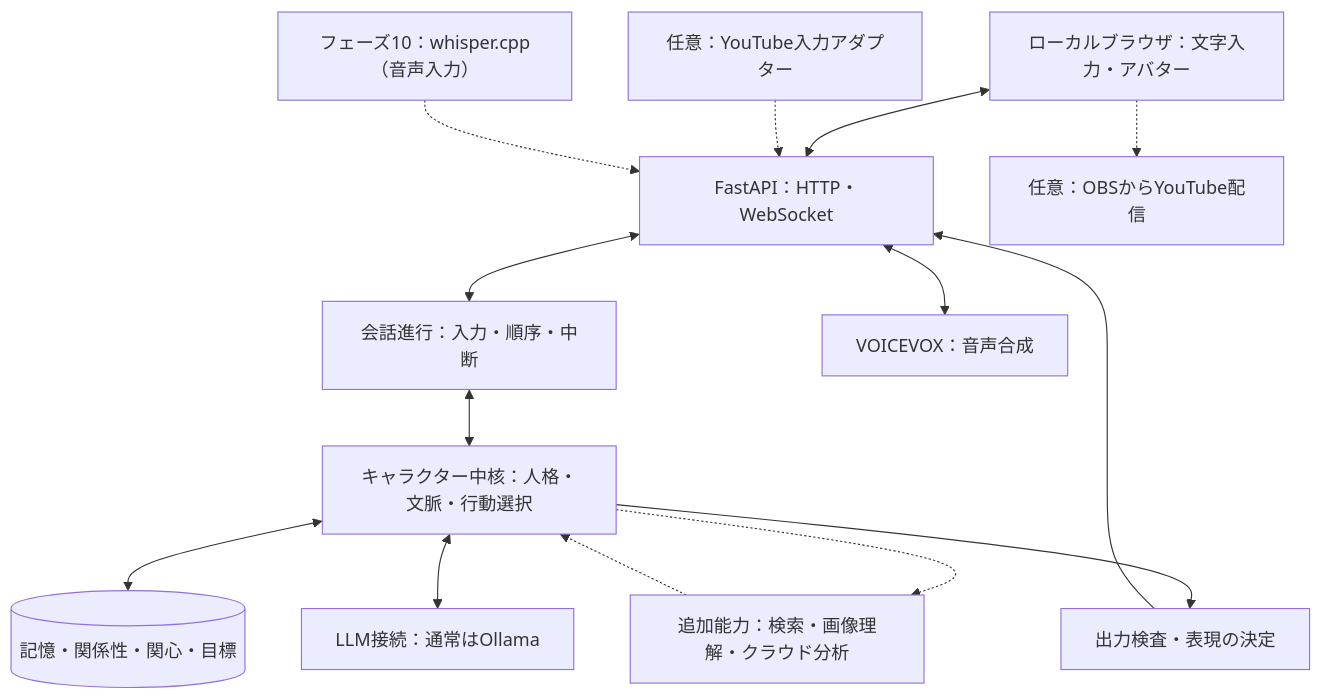
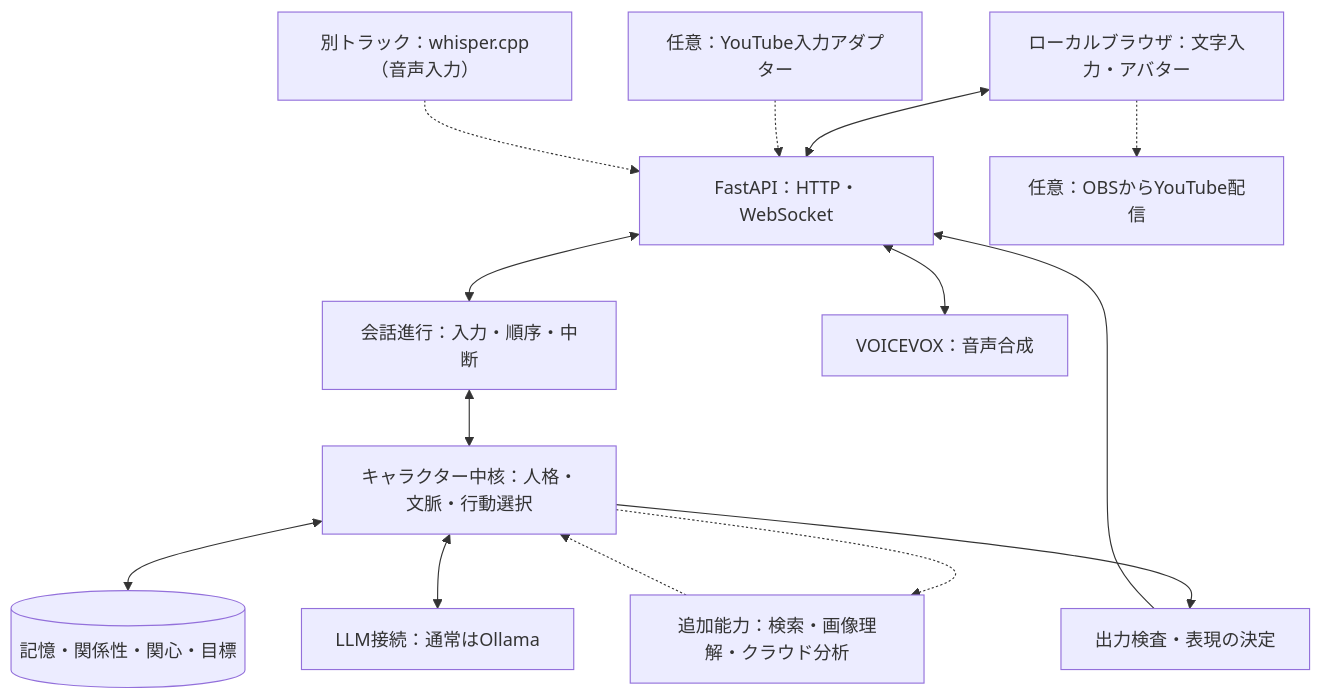
Before and after one commit to shiki-tak/YUI: the second of 3 diagrams in docs/design/ai_vtuber_architecture.md, drawn with Mermaid. The commit also changed other lines of this file and 9 other files, not shown here.

First line of the commit message:
design配下の4文書をai_vtuber_architecture.mdへ統合した

````diff
--- a/docs/design/ai_vtuber_architecture.md
+++ b/docs/design/ai_vtuber_architecture.md
@@ -83,16 +203,16 @@
 ```mermaid
 flowchart TD
     UI["ローカルブラウザ：文字入力・アバター"] <--> API["FastAPI：HTTP・WebSocket"]
     YT["任意：YouTube入力アダプター"] -.-> API
     API <--> TURN["会話進行：入力・順序・中断"]
     TURN <--> CORE["キャラクター中核：人格・文脈・行動選択"]
     CORE <--> STATE[("記憶・関係性・関心・目標")]
     CORE <--> LLM["LLM接続：通常はOllama"]
     CORE -.-> TOOLS["追加能力：検索・画像理解・クラウド分析"]
     TOOLS -.-> CORE
     CORE --> CHECK["出力検査・表現の決定"]
     CHECK --> API
     API <--> TTS["VOICEVOX：音声合成"]
-    ASR["フェーズ10：whisper.cpp（音声入力）"] -.-> API
+    ASR["別トラック：whisper.cpp（音声入力）"] -.-> API
     UI -.-> OBS["任意：OBSからYouTube配信"]
 ```
````
